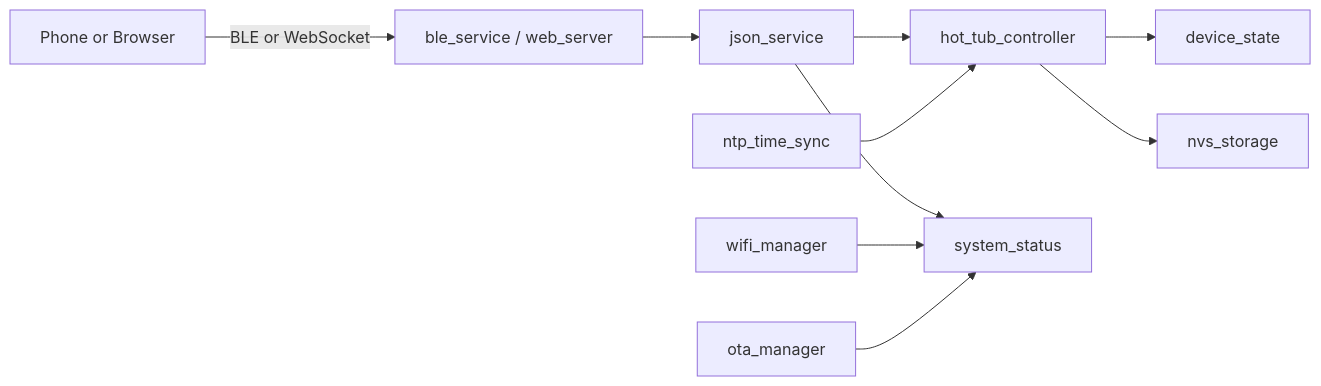
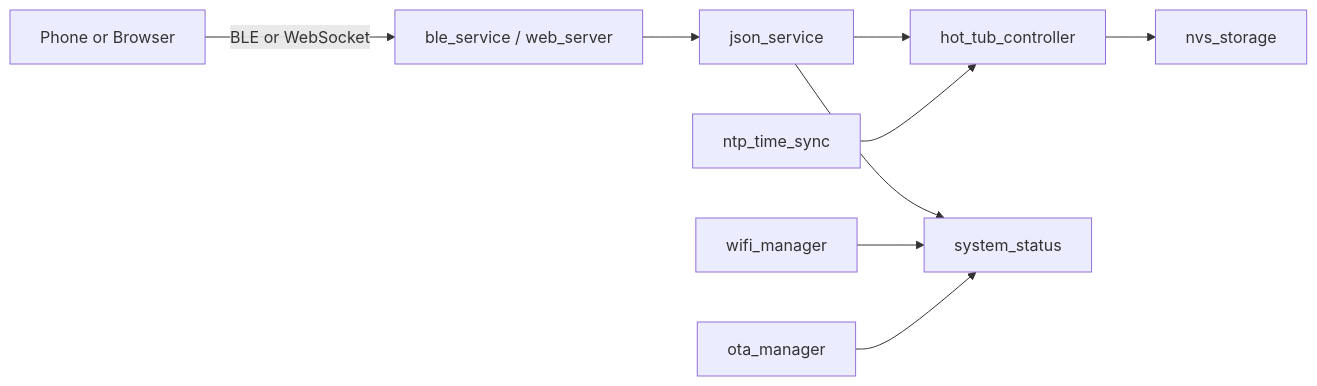
The first of 3 diagrams in README.md (Nino67/Esp32-S3-HotTub-Base), drawn with Mermaid before and after one commit. The commit also changed other lines of this file and 32 other files, not shown here.

````diff
--- a/README.md
+++ b/README.md
@@ -18,12 +18,11 @@
 ```mermaid
 flowchart LR
 	User[Phone or Browser] -->|BLE or WebSocket| IO[ble_service / web_server]
 	IO --> RPC[json_service]
 	RPC --> CTRL[hot_tub_controller]
 	RPC --> SYS[system_status]
-	CTRL --> STATE[device_state]
 	CTRL --> NVS[nvs_storage]
 	WIFI[wifi_manager] --> SYS
 	OTA[ota_manager] --> SYS
 	TIME[ntp_time_sync] --> CTRL
 ```
````
